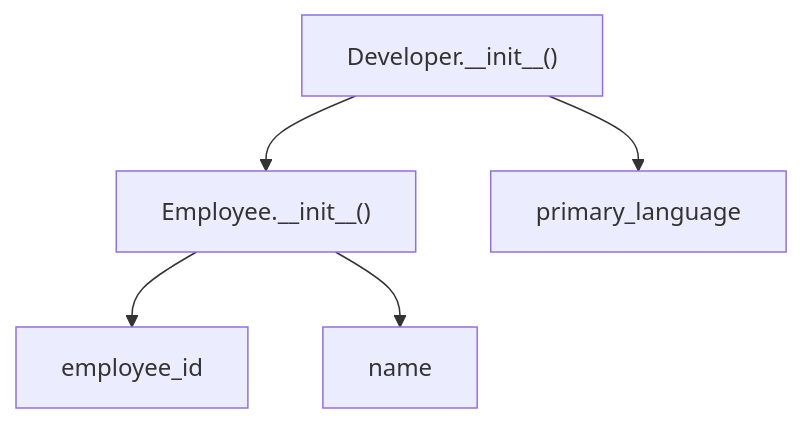
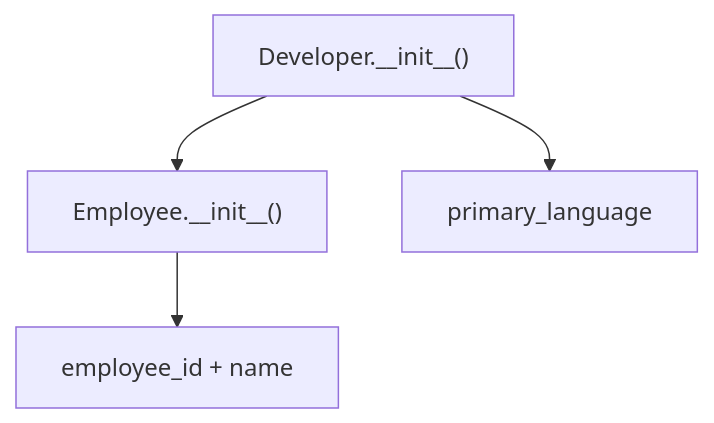
Before and after one commit to AvadhBhalodiya/Interview-Preparation: the third of 6 diagrams in src/content/python/oop-inheritance-mro-super.md, drawn with Mermaid. The commit also changed other lines of this file and 80 other files, not shown here.

````diff
--- a/src/content/python/oop-inheritance-mro-super.md
+++ b/src/content/python/oop-inheritance-mro-super.md
@@ -246,7 +352,6 @@
 ```mermaid
 flowchart TD
-    DEV["Developer.__init__()"] --> EMP["Employee.__init__()"]
-    EMP --> EID[employee_id]
-    EMP --> NAME[name]
-    DEV --> LANG[primary_language]
+    A["Developer.__init__()"] --> B["Employee.__init__()"]
+    B --> C["employee_id + name"]
+    A --> D["primary_language"]
 ```
````
